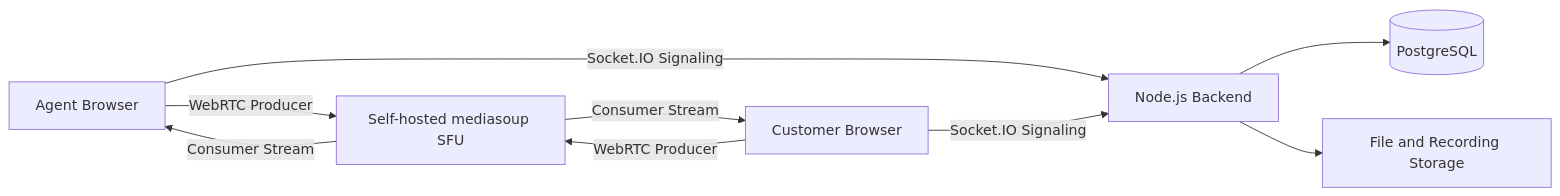
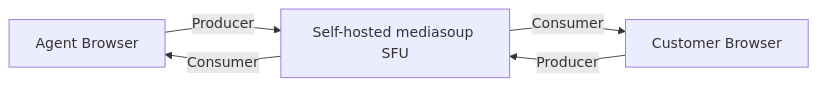
Before and after one commit to anikasoni/Atomassist-live: the first of 3 diagrams in README.md, drawn with Mermaid. The commit also changed other lines of this file, not shown here.

````diff
--- a/README.md
+++ b/README.md
@@ -134,14 +187,8 @@
 ```mermaid
 flowchart LR
-    A[Agent Browser] -->|WebRTC Producer| S[Self-hosted mediasoup SFU]
-    C[Customer Browser] -->|WebRTC Producer| S
+    Agent[Agent Browser] -->|Producer| SFU[Self-hosted mediasoup SFU]
+    Customer[Customer Browser] -->|Producer| SFU
 
-    S -->|Consumer Stream| A
-    S -->|Consumer Stream| C
-
-    A -->|Socket.IO Signaling| B[Node.js Backend]
-    C -->|Socket.IO Signaling| B
-
-    B --> P[(PostgreSQL)]
-    B --> F[File and Recording Storage]
+    SFU -->|Consumer| Agent
+    SFU -->|Consumer| Customer
 ```
````
